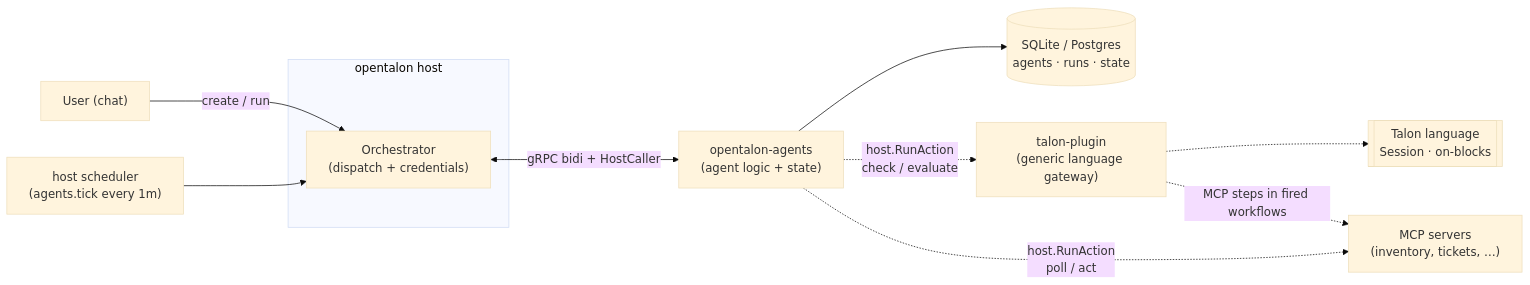
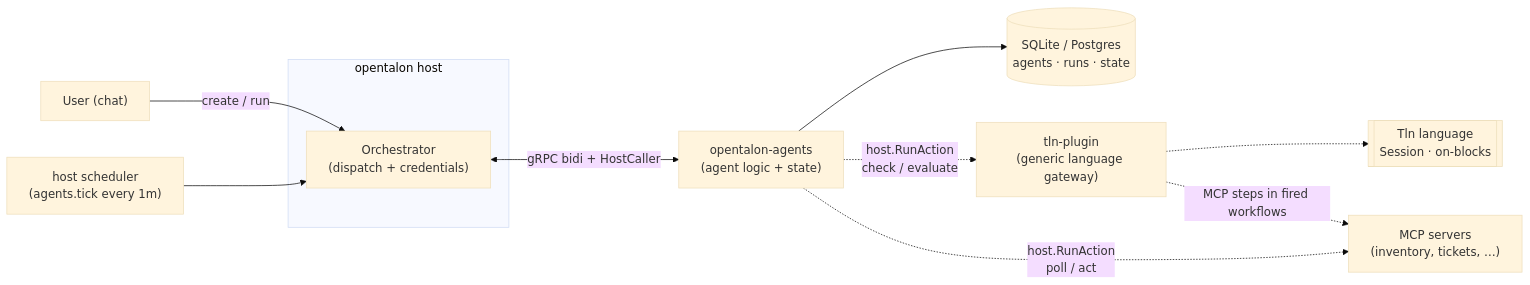
Before and after one commit to opentalon/opentalon-agents: the first of 4 diagrams in README.md, drawn with Mermaid (base theme). The commit also changed other lines of this file and 44 other files, not shown here.

First line of the commit message:
chore: rename Talon -> tln (identifiers, prose, and wire contracts) (#43)

````diff
--- a/README.md
+++ b/README.md
@@ -21,17 +21,17 @@
 ```mermaid
 flowchart LR
   U["User (chat)"] -->|create / run| O
   SCHED["host scheduler<br/>(agents.tick every 1m)"] --> O
 
   subgraph HOST["opentalon host"]
     O["Orchestrator<br/>(dispatch + credentials)"]
   end
 
   O <-->|gRPC bidi + HostCaller| A["opentalon-agents<br/>(agent logic + state)"]
   A --> DB[("SQLite / Postgres<br/>agents · runs · state")]
 
-  A -.->|"host.RunAction<br/>check / evaluate"| T["talon-plugin<br/>(generic language gateway)"]
-  T -.-> LANG[["Talon language<br/>Session · on-blocks"]]
+  A -.->|"host.RunAction<br/>check / evaluate"| T["tln-plugin<br/>(generic language gateway)"]
+  T -.-> LANG[["Tln language<br/>Session · on-blocks"]]
   A -.->|"host.RunAction<br/>poll / act"| MCP["MCP servers<br/>(inventory, tickets, …)"]
   T -.->|"MCP steps in fired workflows"| MCP
 ```
````
